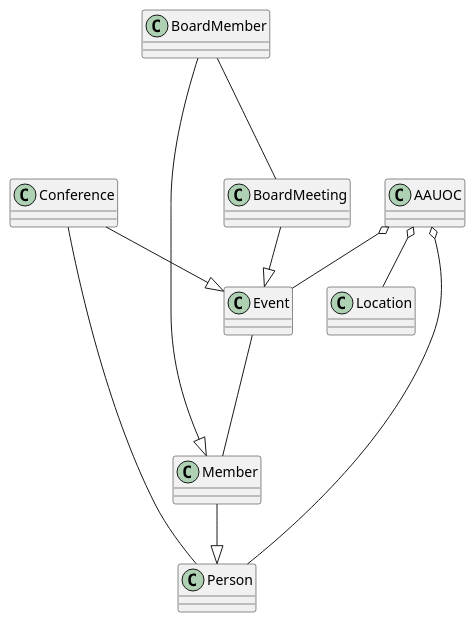
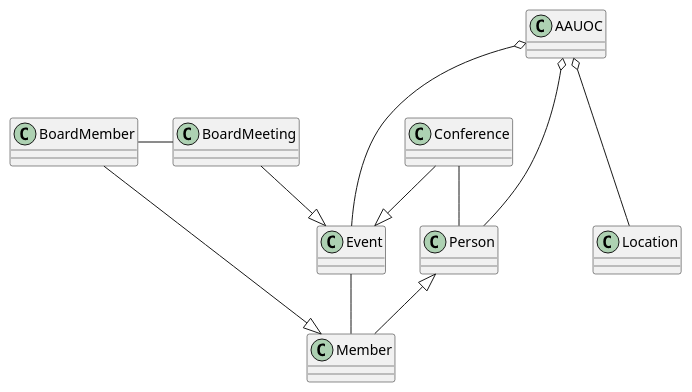
One commit to AlbertBeto/UMLClasesAlbertPB changed the diagram in src/UMLClasesUOC.puml. Above: the diagram before and after it, drawn with PlantUML. The commit also changed 1 other file, not shown here.

```diff
--- a/src/UMLClasesUOC.puml
+++ b/src/UMLClasesUOC.puml
@@ -1,39 +1,37 @@
 @startuml
 'https://plantuml.com/class-diagram
 
 class Member {
 }
 class BoardMember {
 }
 class Event {
 }
 class Conference {
 }
 class BoardMeeting {
 }
 class Location {
 }
 class Person {
 }
 class AAUOC {
 }
 
-AAUOC o-- Location
-AAUOC o-- Event
-AAUOC o-- Person
+AAUOC o--- Location
+AAUOC o--- Event
+AAUOC o--- Person
 
+Person <|-- Member
+BoardMember -|> Member
 
 BoardMeeting --|> Event
 
-Event --- Member
+Event -- Member
 
-Member --|> Person
-
-BoardMember --|> Member
-
-BoardMember --- BoardMeeting
+BoardMember - BoardMeeting
 
 Conference --|> Event
-Conference --- Person
+Conference -- Person
 
 @enduml
```
